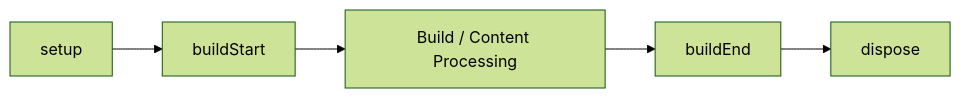
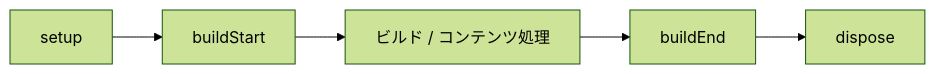
The diagram in docs/docs/glossary/lifecycle-hook.ja.md (Rerurate514/riebeckite), drawn with Mermaid (forest theme) before and after one commit. The commit also changed other lines of this file and 310 other files, not shown here.

````diff
--- a/docs/docs/glossary/lifecycle-hook.ja.md
+++ b/docs/docs/glossary/lifecycle-hook.ja.md
@@ -16,12 +16,12 @@
 ```mermaid
 flowchart LR
   Setup["setup"]
   Start["buildStart"]
-  Work["Build / Content Processing"]
+  Work["ビルド / コンテンツ処理"]
   End["buildEnd"]
   Dispose["dispose"]
   Setup --> Start
   Start --> Work
   Work --> End
   End --> Dispose
 ```
````
